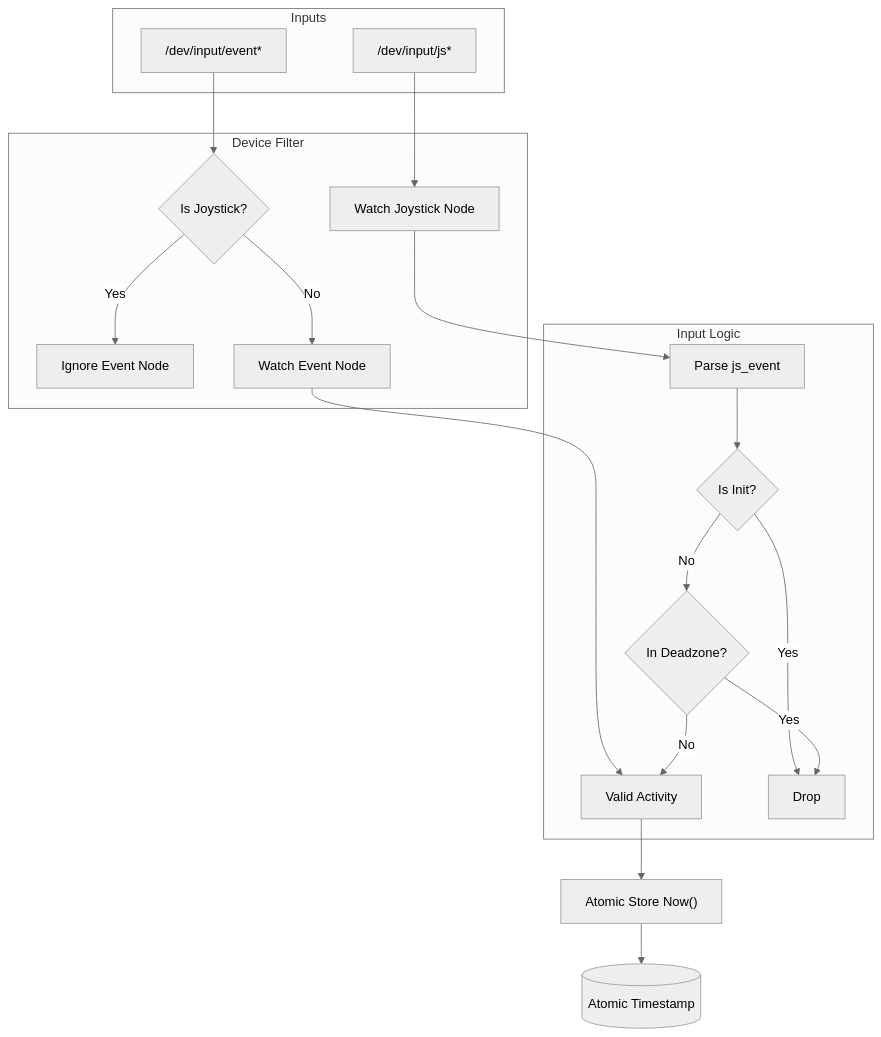
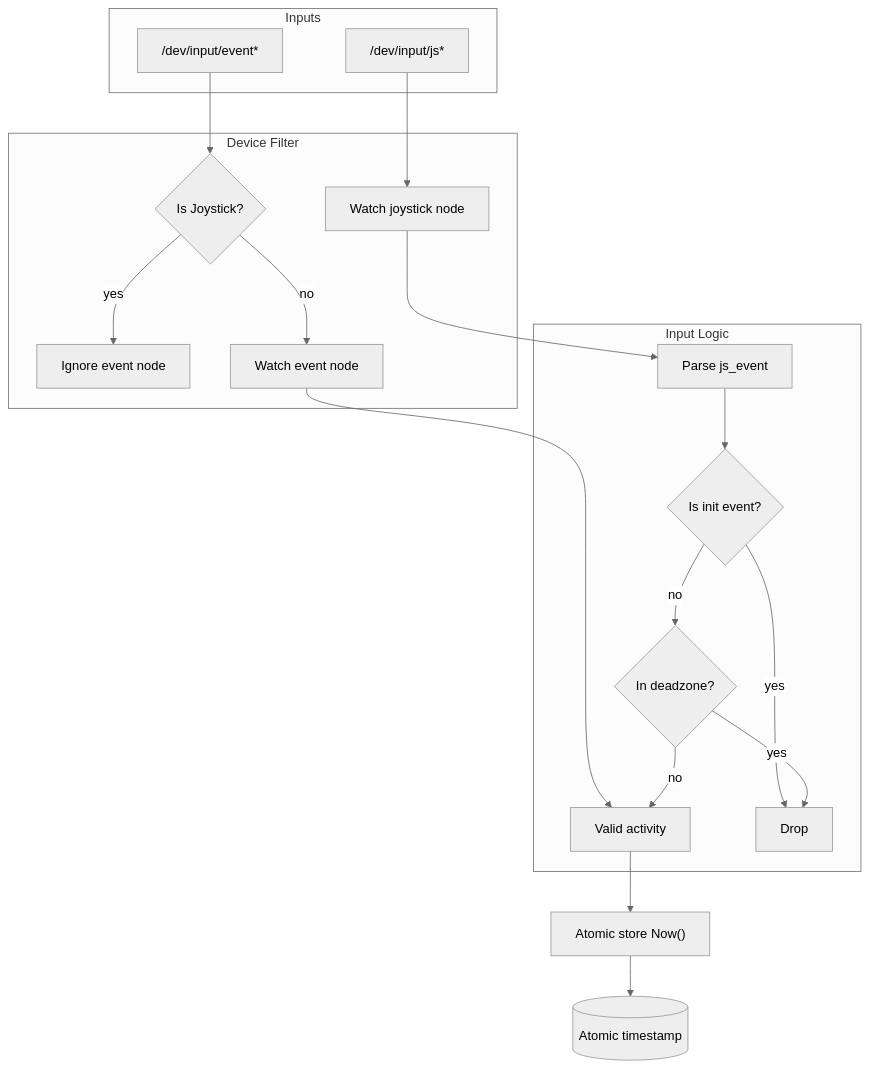
One commit to zaolin/framework-powerd changed the first of 2 diagrams in docs/idle_logic.md. Above: the diagram before and after it, drawn with Mermaid (neutral theme). The commit also changed other lines of this file and 10 other files, not shown here.

First line of the commit message:
docs: refresh diagrams, visuals and integration brand assets

````diff
--- a/docs/idle_logic.md
+++ b/docs/idle_logic.md
@@ -48,29 +50,28 @@
 ```mermaid
-graph TD
+flowchart TD
     subgraph Inputs
         Events["/dev/input/event*"]
         Joysticks["/dev/input/js*"]
     end
 
     subgraph "Device Filter"
-        Check{Is Joystick?}
+        Check{"Is Joystick?"}
         Events --> Check
-        Check -- Yes --> Ignore[Ignore Event Node]
-        Check -- No --> WatchEvent[Watch Event Node]
-        Joysticks --> WatchJS[Watch Joystick Node]
+        Check -- "yes" --> Ignore["Ignore event node"]
+        Check -- "no" --> WatchEvent["Watch event node"]
+        Joysticks --> WatchJS["Watch joystick node"]
     end
 
     subgraph "Input Logic"
         WatchEvent --> ValidInput
-        WatchJS --> Parse[Parse js_event]
-        Parse --> CheckInit{Is Init?}
-        CheckInit -- Yes --> Drop
-        CheckInit -- No --> CheckDead{In Deadzone?}
-        CheckDead -- Yes --> Drop
-        CheckDead -- No --> ValidInput
+        WatchJS --> Parse["Parse js_event"]
+        Parse --> CheckInit{"Is init event?"}
+        CheckInit -- "yes" --> Drop["Drop"]
+        CheckInit -- "no" --> CheckDead{"In deadzone?"}
+        CheckDead -- "yes" --> Drop
+        CheckDead -- "no" --> ValidInput
     end
 
-    ValidInput[Valid Activity] --> UpdateTime["Atomic Store Now()"]
-    
-    UpdateTime --> GlobalState[("Atomic Timestamp")]
+    ValidInput["Valid activity"] --> UpdateTime["Atomic store Now()"]
+    UpdateTime --> GlobalState[("Atomic timestamp")]
 ```
````
